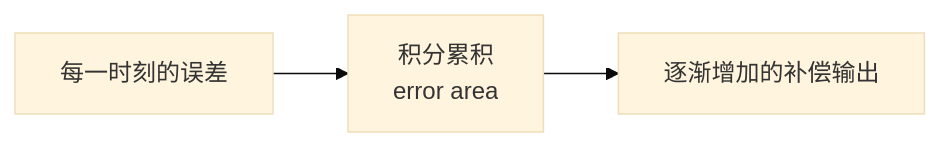
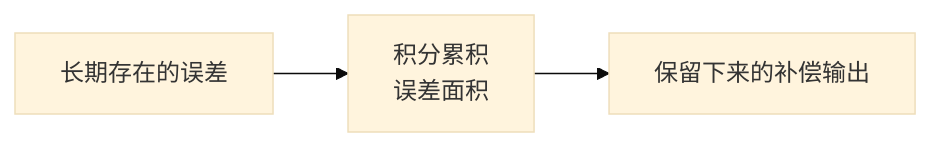
The seventh of 17 diagrams in decks/kinematics-pid/slides.md (inaku-Gyan/RM-EC-Tutorial-2026-Summer), drawn with Mermaid (base theme) before and after one commit. The commit also changed other lines of this file, not shown here.

````diff
--- a/decks/kinematics-pid/slides.md
+++ b/decks/kinematics-pid/slides.md
@@ -494,5 +560,5 @@
 ```mermaid
 flowchart LR
-  E[每一时刻的误差] --> B[积分累积<br/>error area]
-  B --> U[逐渐增加的补偿输出]
+  E[长期存在的误差] --> B[积分累积<br/>误差面积]
+  B --> U[保留下来的补偿输出]
 ```
````
